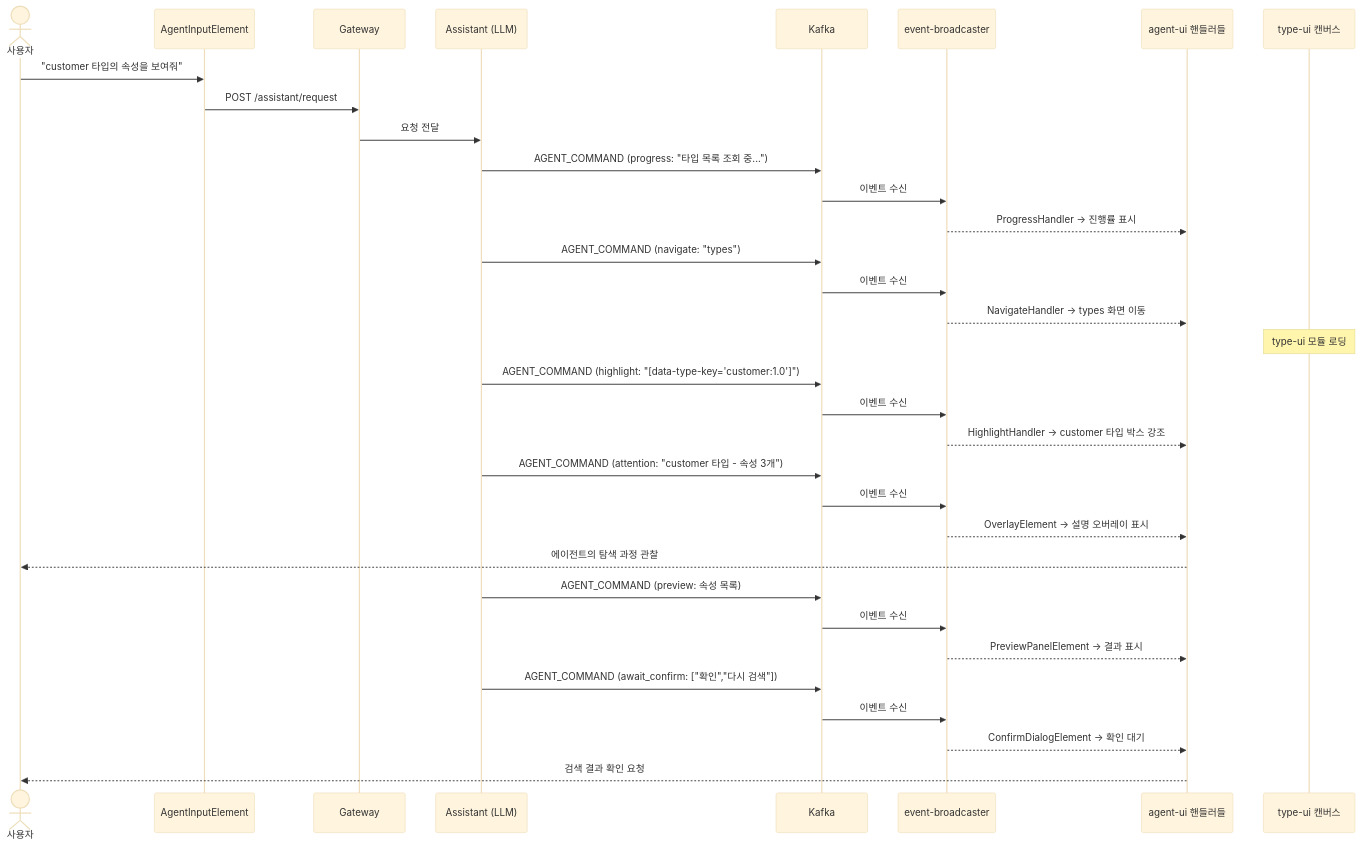
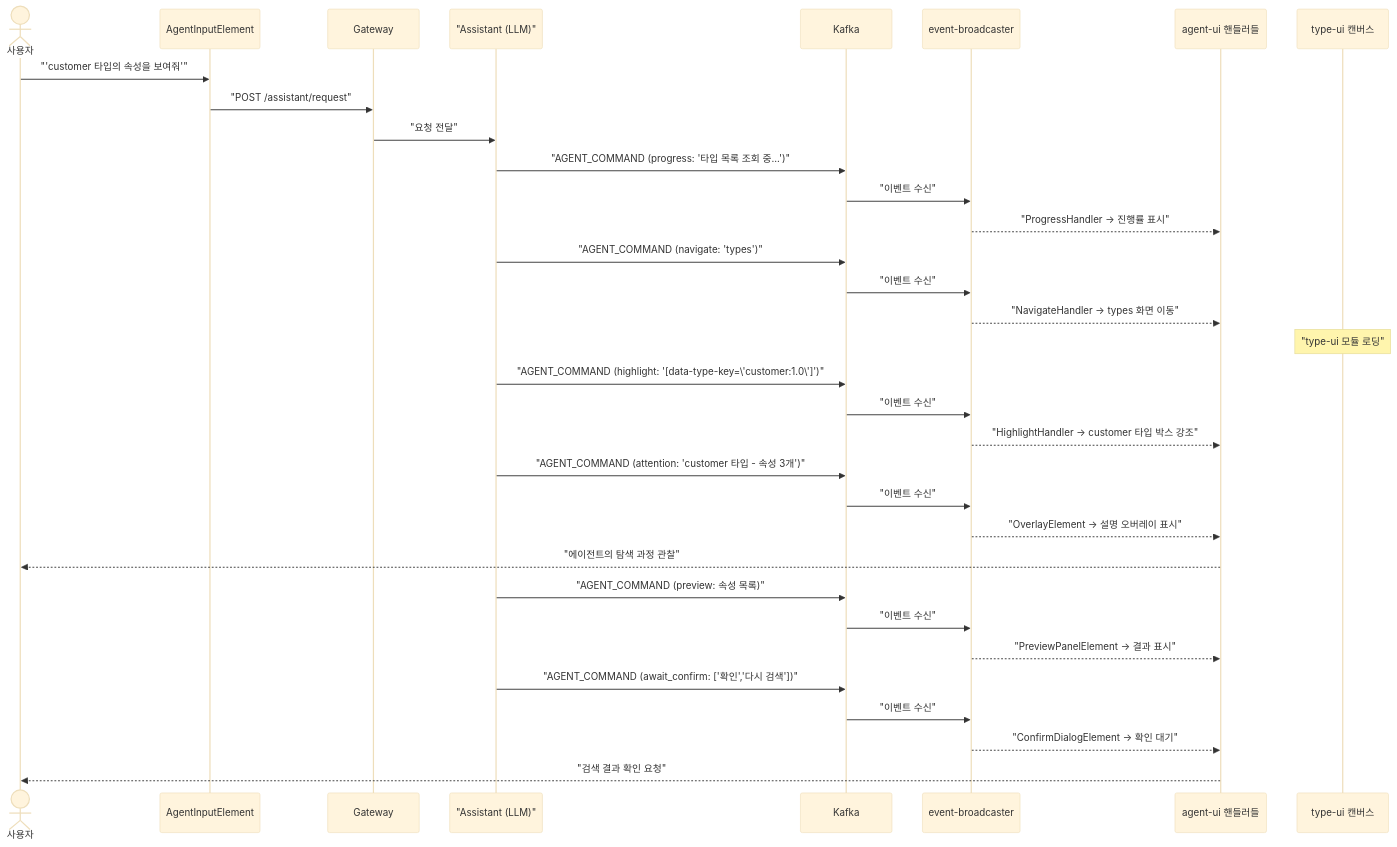
One commit to sayaya1090/handbook changed the fifth of 6 diagrams in agent-ui/USECASE.md. Above: the diagram before and after it, drawn with Mermaid (base theme). The commit also changed other lines of this file and 22 other files, not shown here.

First line of the commit message:
docs: Mermaid 다이어그램 렌더링 오류 수정을 위한 구문 전수 교정

````diff
--- a/agent-ui/USECASE.md
+++ b/agent-ui/USECASE.md
@@ -228,42 +228,42 @@
 ```mermaid
 sequenceDiagram
     actor User as 사용자
     participant Input as AgentInputElement
     participant GW as Gateway
-    participant Asst as Assistant (LLM)
+    participant Asst as "Assistant (LLM)"
     participant K as Kafka
     participant EB as event-broadcaster
     participant UI as agent-ui 핸들러들
     participant TypeUI as type-ui 캔버스
 
-    User->>Input: "customer 타입의 속성을 보여줘"
-    Input->>GW: POST /assistant/request
-    GW->>Asst: 요청 전달
+    User->>Input: "'customer 타입의 속성을 보여줘'"
+    Input->>GW: "POST /assistant/request"
+    GW->>Asst: "요청 전달"
 
-    Asst->>K: AGENT_COMMAND (progress: "타입 목록 조회 중...")
-    K->>EB: 이벤트 수신
-    EB-->>UI: ProgressHandler → 진행률 표시
+    Asst->>K: "AGENT_COMMAND (progress: '타입 목록 조회 중...')"
+    K->>EB: "이벤트 수신"
+    EB-->>UI: "ProgressHandler → 진행률 표시"
 
-    Asst->>K: AGENT_COMMAND (navigate: "types")
-    K->>EB: 이벤트 수신
-    EB-->>UI: NavigateHandler → types 화면 이동
-    Note over TypeUI: type-ui 모듈 로딩
+    Asst->>K: "AGENT_COMMAND (navigate: 'types')"
+    K->>EB: "이벤트 수신"
+    EB-->>UI: "NavigateHandler → types 화면 이동"
+    Note over TypeUI: "type-ui 모듈 로딩"
 
-    Asst->>K: AGENT_COMMAND (highlight: "[data-type-key='customer:1.0']")
-    K->>EB: 이벤트 수신
-    EB-->>UI: HighlightHandler → customer 타입 박스 강조
+    Asst->>K: "AGENT_COMMAND (highlight: '[data-type-key=\'customer:1.0\']')"
+    K->>EB: "이벤트 수신"
+    EB-->>UI: "HighlightHandler → customer 타입 박스 강조"
 
-    Asst->>K: AGENT_COMMAND (attention: "customer 타입 - 속성 3개")
-    K->>EB: 이벤트 수신
-    EB-->>UI: OverlayElement → 설명 오버레이 표시
-    UI-->>User: 에이전트의 탐색 과정 관찰
+    Asst->>K: "AGENT_COMMAND (attention: 'customer 타입 - 속성 3개')"
+    K->>EB: "이벤트 수신"
+    EB-->>UI: "OverlayElement → 설명 오버레이 표시"
+    UI-->>User: "에이전트의 탐색 과정 관찰"
 
-    Asst->>K: AGENT_COMMAND (preview: 속성 목록)
-    K->>EB: 이벤트 수신
-    EB-->>UI: PreviewPanelElement → 결과 표시
+    Asst->>K: "AGENT_COMMAND (preview: 속성 목록)"
+    K->>EB: "이벤트 수신"
+    EB-->>UI: "PreviewPanelElement → 결과 표시"
 
-    Asst->>K: AGENT_COMMAND (await_confirm: ["확인","다시 검색"])
-    K->>EB: 이벤트 수신
-    EB-->>UI: ConfirmDialogElement → 확인 대기
-    UI-->>User: 검색 결과 확인 요청
+    Asst->>K: "AGENT_COMMAND (await_confirm: ['확인','다시 검색'])"
+    K->>EB: "이벤트 수신"
+    EB-->>UI: "ConfirmDialogElement → 확인 대기"
+    UI-->>User: "검색 결과 확인 요청"
 ```
````
